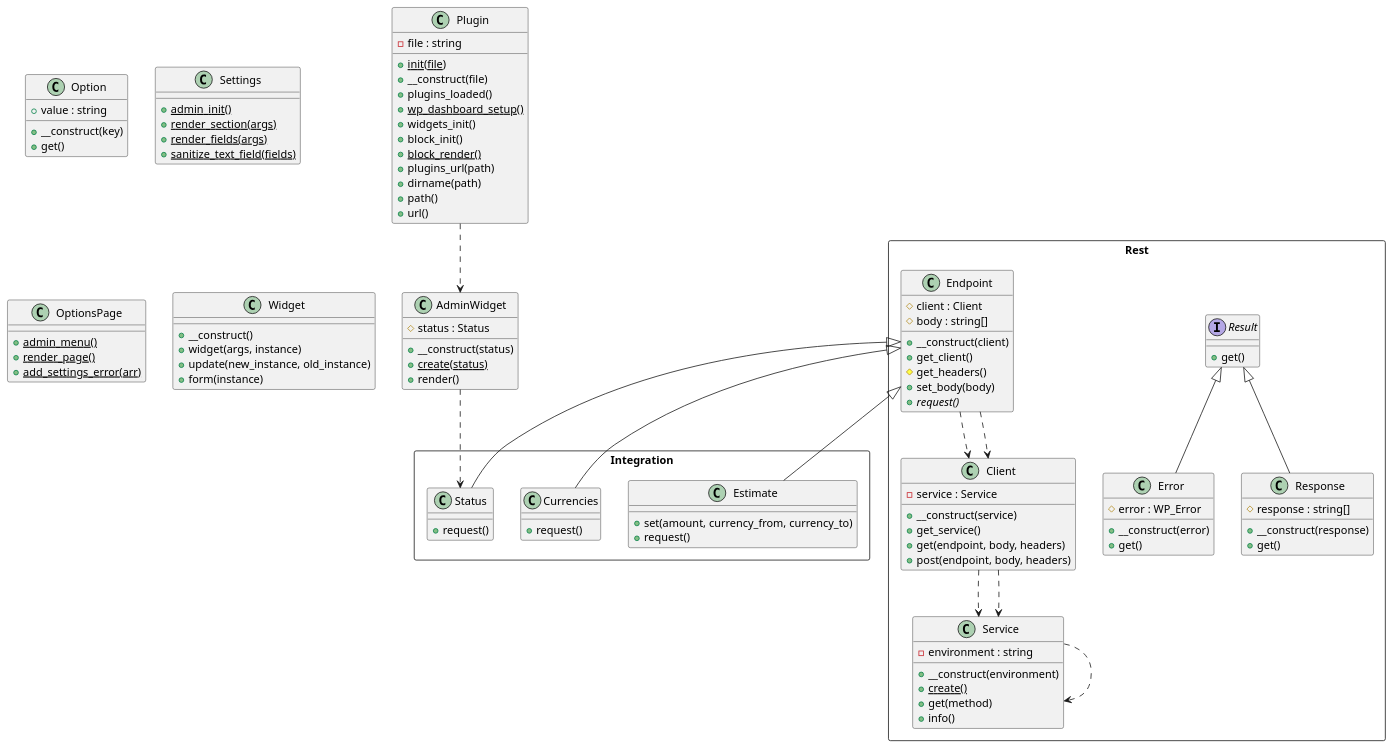
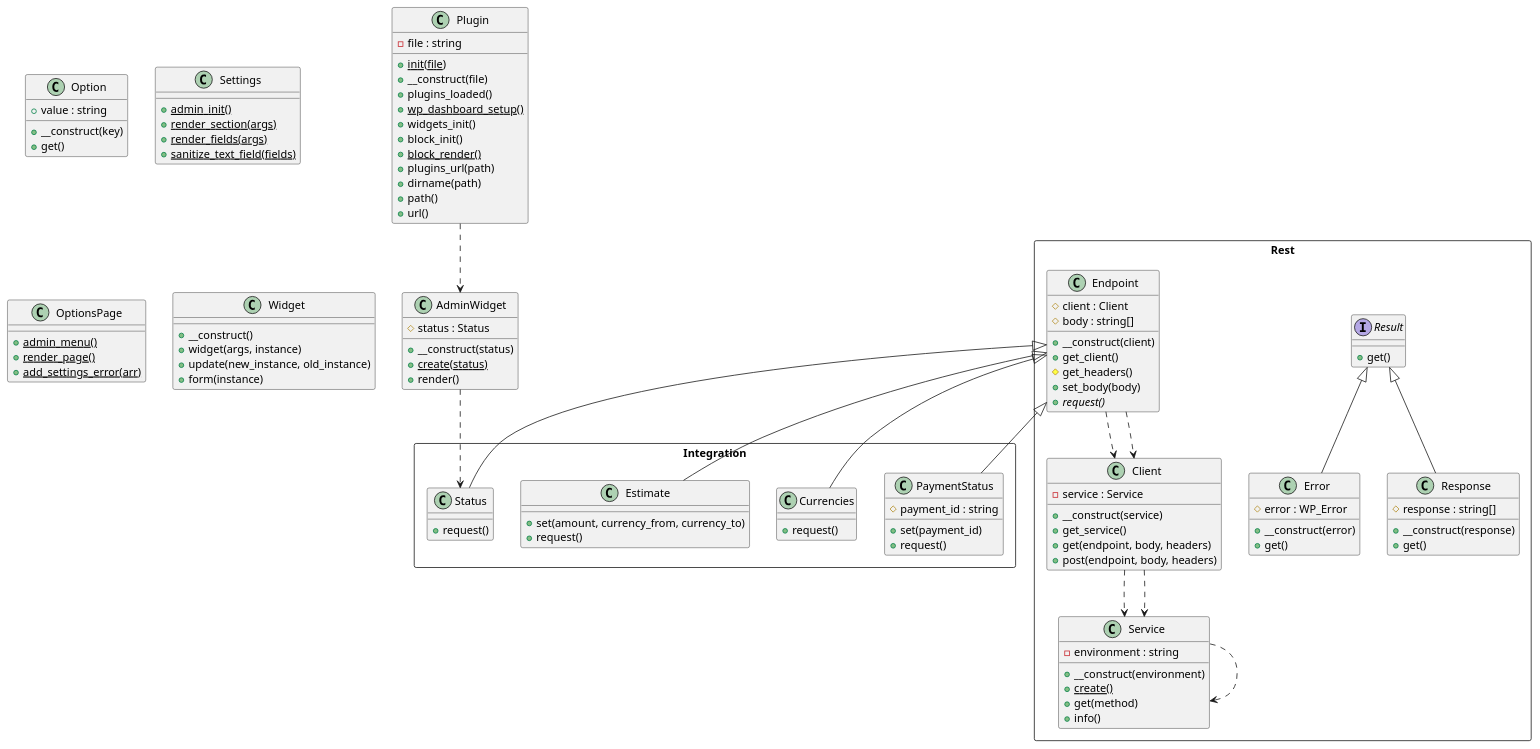
One commit to lloc/wp-nowpayments-integration changed the diagram in plantuml_gist.puml. Above: the diagram before and after it, drawn with PlantUML.

Commit message:
Diagram refersh

```diff
--- a/plantuml_gist.puml
+++ b/plantuml_gist.puml
@@ -1,106 +1,112 @@
 @startuml class-diagram
   class Option {
     +value : string
     +__construct(key)
     +get()
   }
   class Settings {
     {static} +admin_init()
     {static} +render_section(args)
     {static} +render_fields(args)
     {static} +sanitize_text_field(fields)
   }
   class Plugin {
     -file : string
     {static} +init(file)
     +__construct(file)
     +plugins_loaded()
     {static} +wp_dashboard_setup()
     +widgets_init()
     +block_init()
     {static} +block_render()
     +plugins_url(path)
     +dirname(path)
     +path()
     +url()
   }
   class AdminWidget {
     #status : Status
     +__construct(status)
     {static} +create(status)
     +render()
   }
   class OptionsPage {
     {static} +admin_menu()
     {static} +render_page()
     {static} +add_settings_error(arr)
   }
   class Widget {
     +__construct()
     +widget(args, instance)
     +update(new_instance, old_instance)
     +form(instance)
   }
   package Integration as Integration <<Rectangle>> {
     class Integration.Status {
       +request()
     }
     class Integration.Currencies {
       +request()
     }
     class Integration.Estimate {
       +set(amount, currency_from, currency_to)
       +request()
     }
+    class Integration.PaymentStatus {
+      #payment_id : string
+      +set(payment_id)
+      +request()
+    }
   }
   package Rest as Rest <<Rectangle>> {
     interface Rest.Result {
       +get()
     }
     class Rest.Error {
       #error : WP_Error
       +__construct(error)
       +get()
     }
     class Rest.Service {
       -environment : string
       +__construct(environment)
       {static} +create()
       +get(method)
       +info()
     }
     class Rest.Client {
       -service : Service
       +__construct(service)
       +get_service()
       +get(endpoint, body, headers)
       +post(endpoint, body, headers)
     }
     class Rest.Response {
       #response : string[]
       +__construct(response)
       +get()
     }
     class Rest.Endpoint {
       #client : Client
       #body : string[]
       +__construct(client)
       +get_client()
       #get_headers()
       +set_body(body)
       {abstract} +request()
     }
   }
   AdminWidget ..> Integration.Status
   Plugin ..> AdminWidget
   Rest.Client ..> Rest.Service
   Rest.Client ..> Rest.Service
   Rest.Endpoint ..> Rest.Client
   Rest.Endpoint ..> Rest.Client
   Rest.Endpoint <|-- Integration.Currencies
   Rest.Endpoint <|-- Integration.Estimate
+  Rest.Endpoint <|-- Integration.PaymentStatus
   Rest.Endpoint <|-- Integration.Status
   Rest.Result <|-- Rest.Error
   Rest.Result <|-- Rest.Response
   Rest.Service ..> Rest.Service
 @enduml
```
